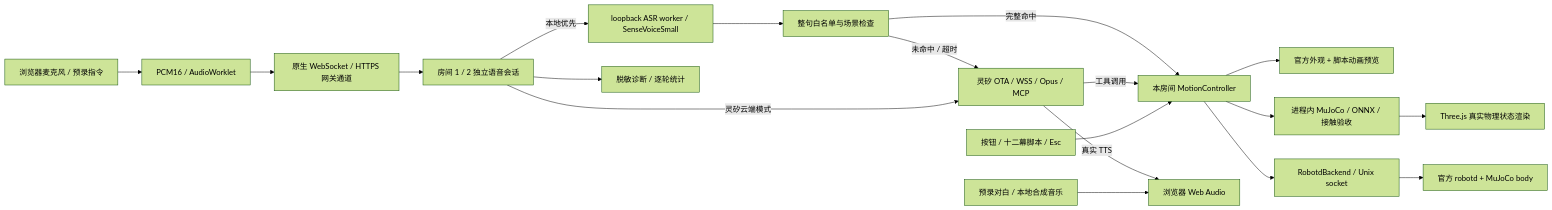
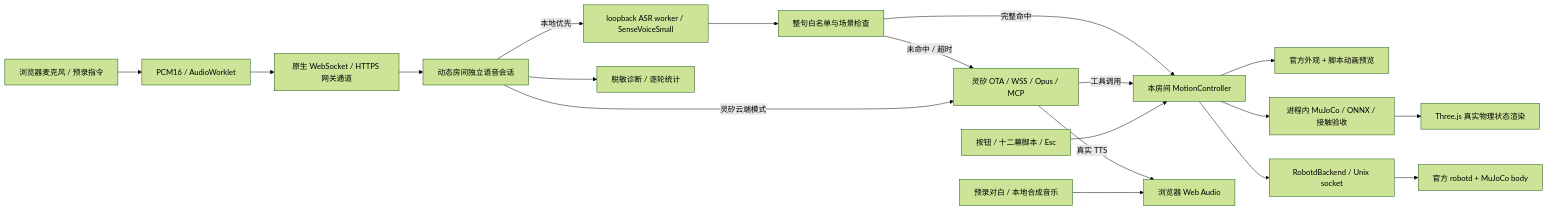
The diagram in docs/ARCHITECTURE.md (zhoutingunl/DuckKing), drawn with Mermaid (forest theme) before and after one commit. The commit also changed other lines of this file and 18 other files, not shown here.

````diff
--- a/docs/ARCHITECTURE.md
+++ b/docs/ARCHITECTURE.md
@@ -11,21 +11,21 @@
 ```mermaid
 flowchart LR
     Mic[浏览器麦克风 / 预录指令] --> PCM[PCM16 / AudioWorklet]
     PCM --> Transport[原生 WebSocket / HTTPS 网关通道]
-    Transport --> Hybrid[房间 1 / 2 独立语音会话]
+    Transport --> Hybrid[动态房间独立语音会话]
     Hybrid -->|本地优先| ASR[loopback ASR worker / SenseVoiceSmall]
     ASR --> Grammar[整句白名单与场景检查]
     Grammar -->|完整命中| Motion[本房间 MotionController]
     Grammar -->|未命中 / 超时| Cloud[灵矽 OTA / WSS / Opus / MCP]
     Hybrid -->|灵矽云端模式| Cloud
     Cloud -->|工具调用| Motion
     Cloud -->|真实 TTS| Audio[浏览器 Web Audio]
     Buttons[按钮 / 十二幕脚本 / Esc] --> Motion
     Motion --> Preview[官方外观 + 脚本动画预览]
     Motion --> Sim[进程内 MuJoCo / ONNX / 接触验收]
     Motion --> Adapter[RobotdBackend / Unix socket]
     Adapter --> Robot[官方 robotd + MuJoCo body]
     Sim --> View[Three.js 真实物理状态渲染]
     Score[预录对白 / 本地合成音乐] --> Audio
     Hybrid --> Stats[脱敏诊断 / 逐轮统计]
 ```
````
